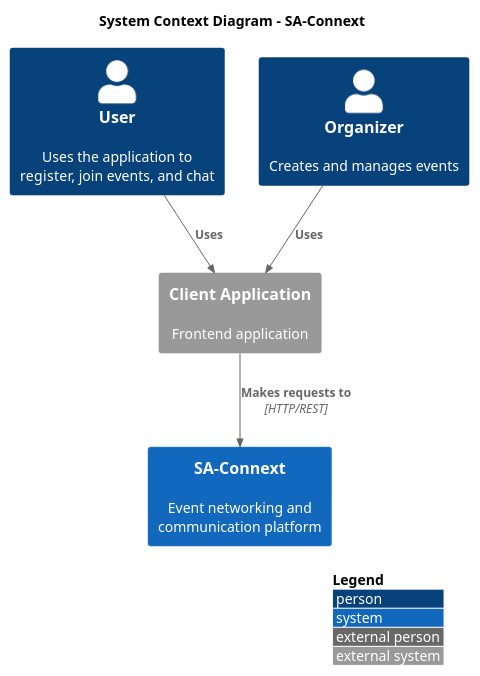
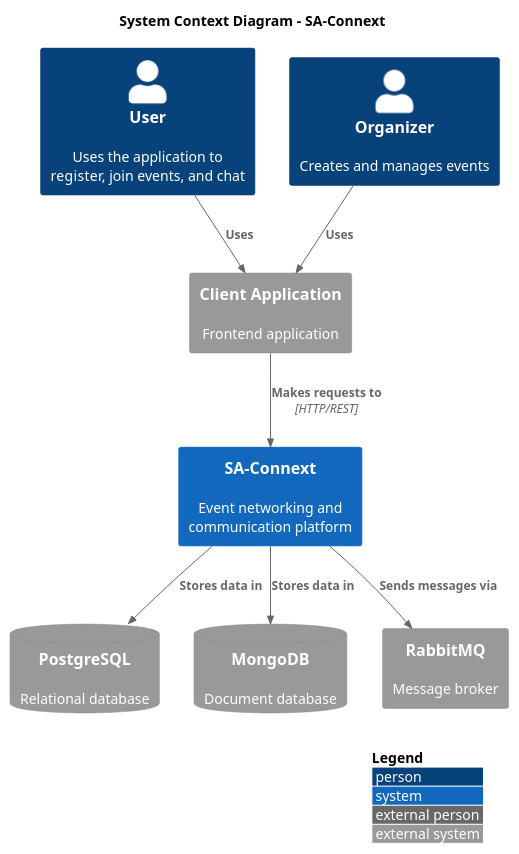
The diagram in diagrams/01_system_context.puml (wutthichod/sa-connext), drawn with PlantUML before and after one commit.

Commit message:
fix: context diagram

```diff
--- a/diagrams/01_system_context.puml
+++ b/diagrams/01_system_context.puml
@@ -1,19 +1,25 @@
 @startuml
 !include https://raw.githubusercontent.com/plantuml-stdlib/C4-PlantUML/master/C4_Context.puml
 
 LAYOUT_WITH_LEGEND()
 
 title System Context Diagram - SA-Connext
 
 Person(user, "User", "Uses the application to register, join events, and chat")
 Person(organizer, "Organizer", "Creates and manages events")
 
 System(connext, "SA-Connext", "Event networking and communication platform")
 
 System_Ext(client, "Client Application", "Frontend application")
+SystemDb_Ext(postgres, "PostgreSQL", "Relational database")
+SystemDb_Ext(mongodb, "MongoDB", "Document database")
+System_Ext(rabbitmq, "RabbitMQ", "Message broker")
 
 Rel(user, client, "Uses")
 Rel(organizer, client, "Uses")
 Rel(client, connext, "Makes requests to", "HTTP/REST")
+Rel(connext, postgres, "Stores data in")
+Rel(connext, mongodb, "Stores data in")
+Rel(connext, rabbitmq, "Sends messages via")
 
 @enduml
```
